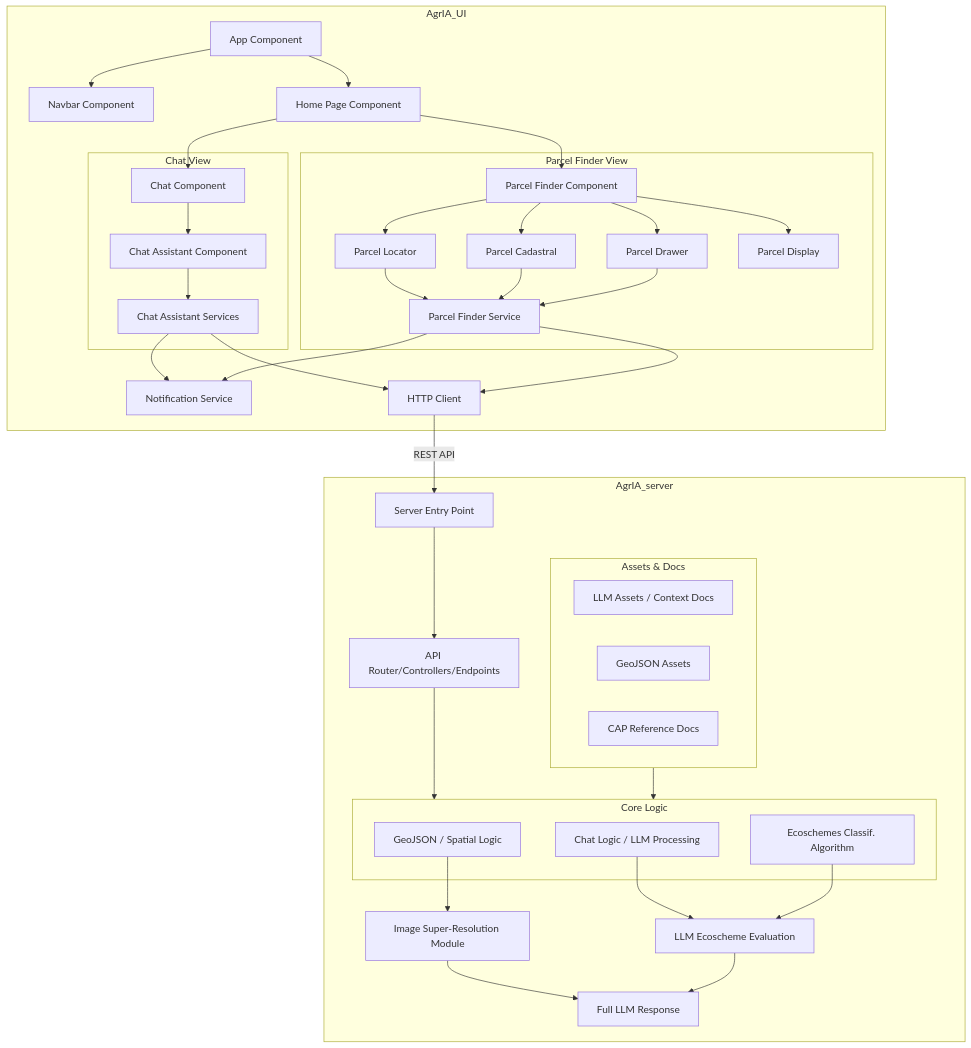
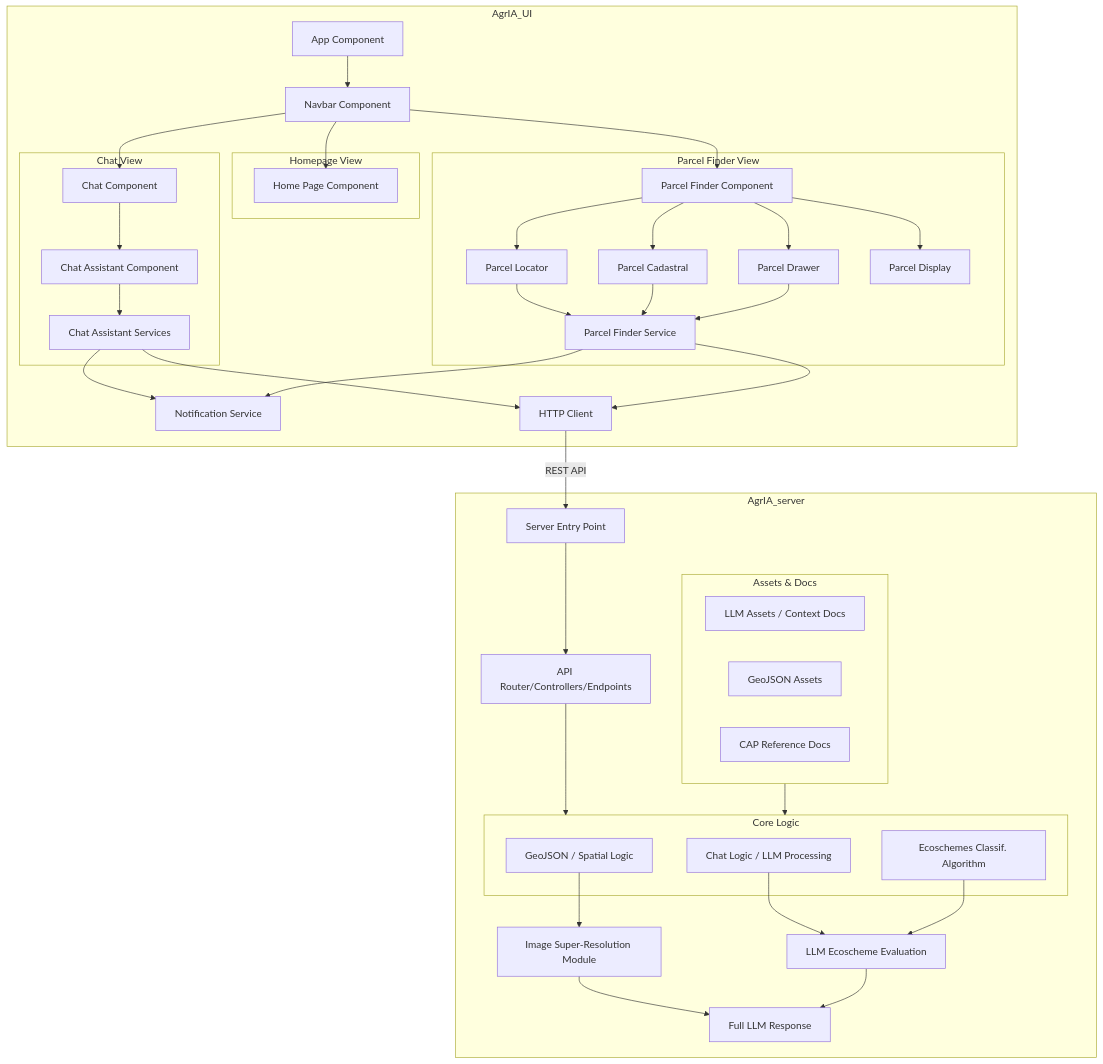
One commit to KhaosResearch/AgrIA changed the diagram in docs/ARCHITECTURE.md. Above: the diagram before and after it, drawn with Mermaid. The commit also changed other lines of this file and 9 other files, not shown here.

Commit message:
chore: lint and diagram fix

````diff
--- a/docs/ARCHITECTURE.md
+++ b/docs/ARCHITECTURE.md
@@ -24,52 +24,56 @@
 ```mermaid
 graph TD
     subgraph Frontend [AgrIA_UI]
         App[App Component] --> Nav[Navbar Component]
-        App --> Home[Home Page Component]
         
-        Home --> Chat[Chat Component]
-        Home --> Parcel[Parcel Finder Component]
-                
+        Nav --> Home
+        Nav --> Chat[Chat Component]
+        Nav --> Parcel[Parcel Finder Component]
+        
+        subgraph homepage [Homepage View]
+            Home[Home Page Component]
+        end
+
         subgraph Parcel_System [Parcel Finder View]
             Parcel --> ParcelCad[Parcel Cadastral]
             Parcel --> ParcelLoc[Parcel Locator]
             Parcel --> ParcelDraw[Parcel Drawer]
             Parcel --> ParcelDisp[Parcel Display]
             ParcelLoc & ParcelCad & ParcelDraw --> ParcelService[Parcel Finder Service]
         end
         
         subgraph Chat_System [Chat View]
             Chat --> ChatAsst[Chat Assistant Component]
             ChatAsst --> ChatService[Chat Assistant Services]
         end
 
         ChatService & ParcelService --> Notification[Notification Service]
         ChatService & ParcelService --> API_Client[HTTP Client]
     end
 
     API_Client -- "REST API" --> Server
 
     subgraph Backend [AgrIA_server]
         Server[Server Entry Point] --> Router[API Router/Controllers/Endpoints]
         
         subgraph Assets [Assets & Docs]
             LLM_Assets[LLM Assets / Context Docs]
             Geo_Assets[GeoJSON Assets]
             CAP_Docs[CAP Reference Docs]
         end
 
         subgraph Core_Logic [Core Logic]
             ChatLogic[Chat Logic / LLM Processing]
             GeoLogic[GeoJSON / Spatial Logic]
             ClassifLogic[Ecoschemes Classif. Algorithm]
         end
 
         Router --> Core_Logic
         Assets --> Core_Logic
 
         GeoLogic --> SR_Module[Image Super-Resolution Module]
         ChatLogic & ClassifLogic--> LLM_Eval[LLM Ecoscheme Evaluation]
         
         SR_Module & LLM_Eval --> Response[Full LLM Response]
     end
 ```
````
